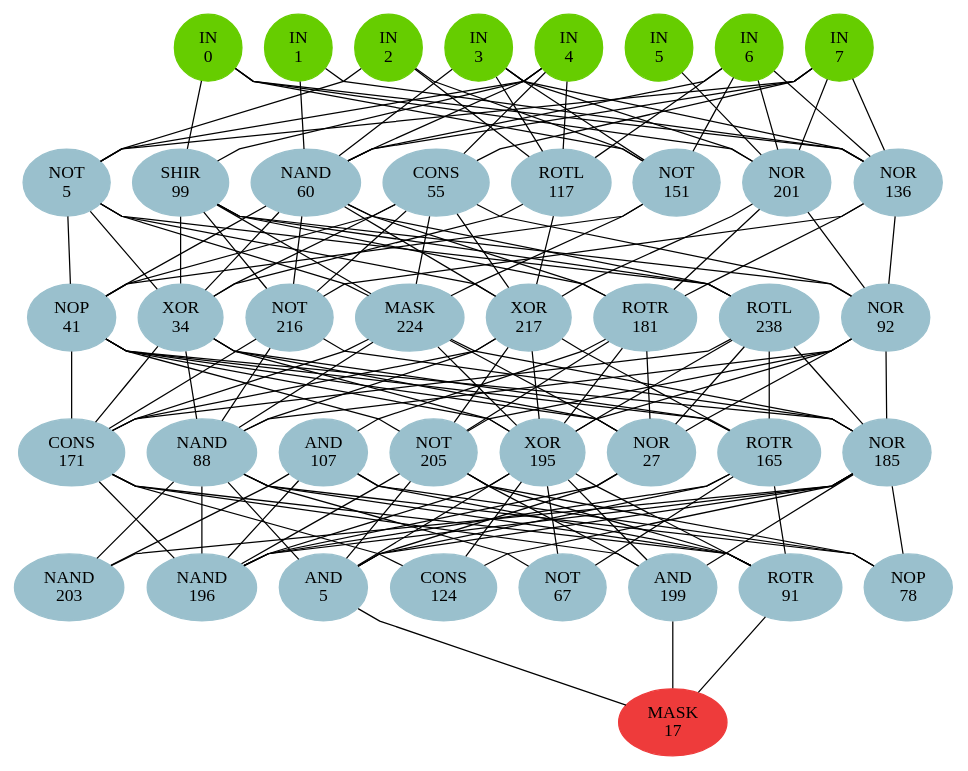
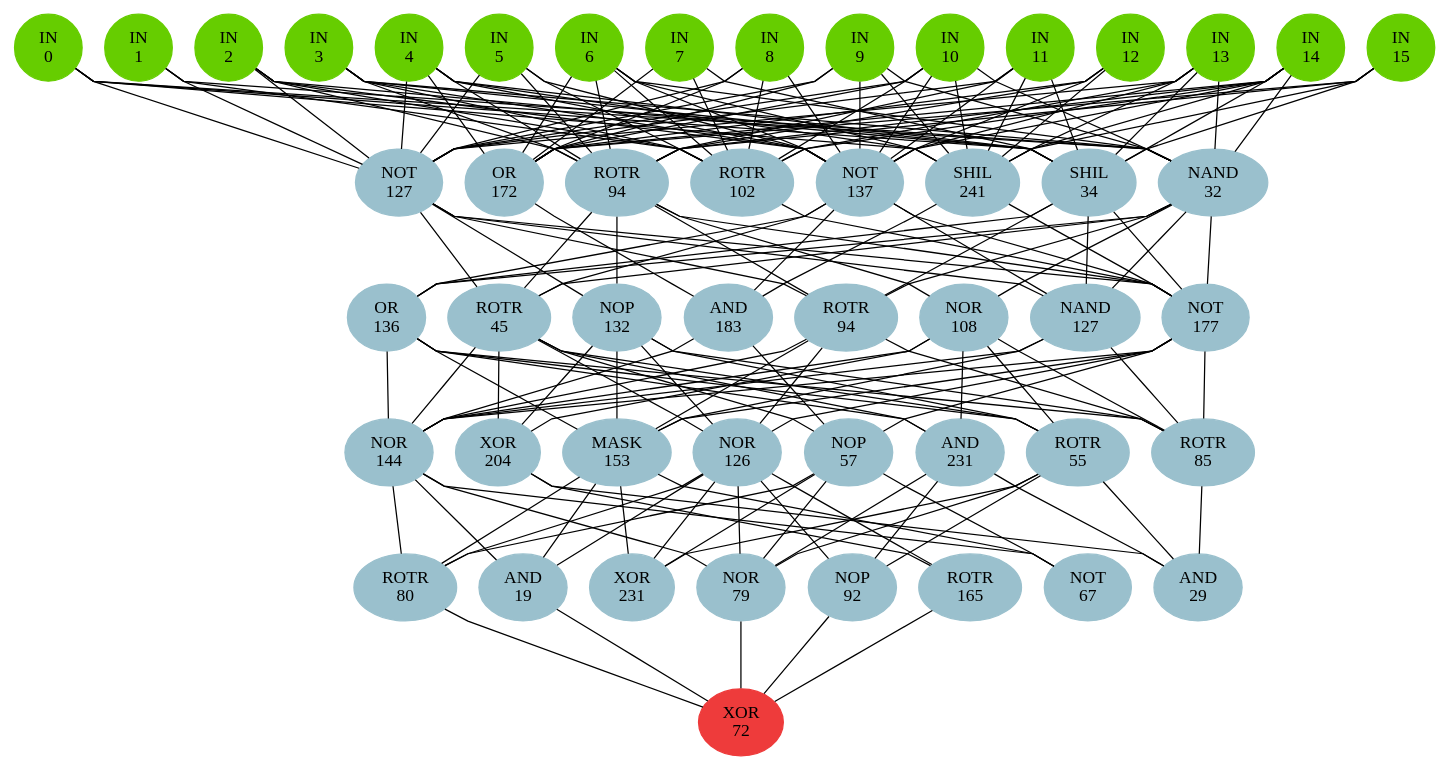
The diagram in experiments/single-sol/tea/5/circuit.dot (Bender250/master-thesis), drawn with Graphviz before and after one commit. The commit also changed 727 other files, not shown here.

```diff
--- a/experiments/single-sol/tea/5/circuit.dot
+++ b/experiments/single-sol/tea/5/circuit.dot
@@ -22,230 +22,279 @@
 "-1_6"[label="IN\n6"];
 node [color=chartreuse3];
 "-1_7"[label="IN\n7"];
+node [color=chartreuse3];
+"-1_8"[label="IN\n8"];
+node [color=chartreuse3];
+"-1_9"[label="IN\n9"];
+node [color=chartreuse3];
+"-1_10"[label="IN\n10"];
+node [color=chartreuse3];
+"-1_11"[label="IN\n11"];
+node [color=chartreuse3];
+"-1_12"[label="IN\n12"];
+node [color=chartreuse3];
+"-1_13"[label="IN\n13"];
+node [color=chartreuse3];
+"-1_14"[label="IN\n14"];
+node [color=chartreuse3];
+"-1_15"[label="IN\n15"];
 }
 { rank=same;
 node [color=lightblue3];
-"0_0"[label="NOT\n5"];
+"0_0"[label="NOT\n127"];
 node [color=lightblue3];
-"0_1"[label="SHIR\n99"];
+"0_1"[label="OR\n172"];
 node [color=lightblue3];
-"0_2"[label="NAND\n60"];
+"0_2"[label="ROTR\n94"];
 node [color=lightblue3];
-"0_3"[label="CONS\n55"];
+"0_3"[label="ROTR\n102"];
 node [color=lightblue3];
-"0_4"[label="ROTL\n117"];
+"0_4"[label="NOT\n137"];
 node [color=lightblue3];
-"0_5"[label="NOT\n151"];
+"0_5"[label="SHIL\n241"];
 node [color=lightblue3];
-"0_6"[label="NOR\n201"];
+"0_6"[label="SHIL\n34"];
 node [color=lightblue3];
-"0_7"[label="NOR\n136"];
+"0_7"[label="NAND\n32"];
 }
 { rank=same;
 node [color=lightblue3];
-"1_0"[label="NOP\n41"];
+"1_0"[label="OR\n136"];
 node [color=lightblue3];
-"1_1"[label="XOR\n34"];
+"1_1"[label="ROTR\n45"];
 node [color=lightblue3];
-"1_2"[label="NOT\n216"];
+"1_2"[label="NOP\n132"];
 node [color=lightblue3];
-"1_3"[label="MASK\n224"];
+"1_3"[label="AND\n183"];
 node [color=lightblue3];
-"1_4"[label="XOR\n217"];
+"1_4"[label="ROTR\n94"];
 node [color=lightblue3];
-"1_5"[label="ROTR\n181"];
+"1_5"[label="NOR\n108"];
 node [color=lightblue3];
-"1_6"[label="ROTL\n238"];
+"1_6"[label="NAND\n127"];
 node [color=lightblue3];
-"1_7"[label="NOR\n92"];
+"1_7"[label="NOT\n177"];
 }
 { rank=same;
 node [color=lightblue3];
-"2_0"[label="CONS\n171"];
+"2_0"[label="NOR\n144"];
 node [color=lightblue3];
-"2_1"[label="NAND\n88"];
+"2_1"[label="XOR\n204"];
 node [color=lightblue3];
-"2_2"[label="AND\n107"];
+"2_2"[label="MASK\n153"];
 node [color=lightblue3];
-"2_3"[label="NOT\n205"];
+"2_3"[label="NOR\n126"];
 node [color=lightblue3];
-"2_4"[label="XOR\n195"];
+"2_4"[label="NOP\n57"];
 node [color=lightblue3];
-"2_5"[label="NOR\n27"];
+"2_5"[label="AND\n231"];
 node [color=lightblue3];
-"2_6"[label="ROTR\n165"];
+"2_6"[label="ROTR\n55"];
 node [color=lightblue3];
-"2_7"[label="NOR\n185"];
+"2_7"[label="ROTR\n85"];
 }
 { rank=same;
 node [color=lightblue3];
-"3_0"[label="NAND\n203"];
+"3_0"[label="ROTR\n80"];
 node [color=lightblue3];
-"3_1"[label="NAND\n196"];
+"3_1"[label="AND\n19"];
 node [color=lightblue3];
-"3_2"[label="AND\n5"];
+"3_2"[label="XOR\n231"];
 node [color=lightblue3];
-"3_3"[label="CONS\n124"];
+"3_3"[label="NOR\n79"];
 node [color=lightblue3];
-"3_4"[label="NOT\n67"];
+"3_4"[label="NOP\n92"];
 node [color=lightblue3];
-"3_5"[label="AND\n199"];
+"3_5"[label="ROTR\n165"];
 node [color=lightblue3];
-"3_6"[label="ROTR\n91"];
+"3_6"[label="NOT\n67"];
 node [color=lightblue3];
-"3_7"[label="NOP\n78"];
+"3_7"[label="AND\n29"];
 }
 { rank=same;
 node [color=brown2];
-"4_0"[label="MASK\n17"];
+"4_0"[label="XOR\n72"];
 }
 edge[style=invis];
-"-1_0" -- "-1_1" -- "-1_2" -- "-1_3" -- "-1_4" -- "-1_5" -- "-1_6" -- "-1_7";
+"-1_0" -- "-1_1" -- "-1_2" -- "-1_3" -- "-1_4" -- "-1_5" -- "-1_6" -- "-1_7" -- "-1_8" -- "-1_9" -- "-1_10" -- "-1_11" -- "-1_12" -- "-1_13" -- "-1_14" -- "-1_15";
 "0_0" -- "0_1" -- "0_2" -- "0_3" -- "0_4" -- "0_5" -- "0_6" -- "0_7";
 "1_0" -- "1_1" -- "1_2" -- "1_3" -- "1_4" -- "1_5" -- "1_6" -- "1_7";
 "2_0" -- "2_1" -- "2_2" -- "2_3" -- "2_4" -- "2_5" -- "2_6" -- "2_7";
 "3_0" -- "3_1" -- "3_2" -- "3_3" -- "3_4" -- "3_5" -- "3_6" -- "3_7";
 "4_0" -- "4_0";
 edge[style=solid];
+"0_0" -- "-1_0";
+"0_0" -- "-1_1";
 "0_0" -- "-1_2";
 "0_0" -- "-1_4";
-"0_0" -- "-1_7";
-"0_1" -- "-1_0";
+"0_0" -- "-1_5";
+"0_0" -- "-1_8";
+"0_0" -- "-1_9";
+"0_0" -- "-1_10";
+"0_0" -- "-1_11";
+"0_0" -- "-1_13";
 "0_1" -- "-1_4";
-"0_2" -- "-1_1";
+"0_1" -- "-1_6";
+"0_1" -- "-1_7";
+"0_1" -- "-1_8";
+"0_1" -- "-1_9";
+"0_1" -- "-1_10";
+"0_1" -- "-1_12";
+"0_1" -- "-1_14";
+"0_1" -- "-1_15";
+"0_2" -- "-1_2";
 "0_2" -- "-1_3";
 "0_2" -- "-1_4";
+"0_2" -- "-1_5";
 "0_2" -- "-1_6";
-"0_2" -- "-1_7";
-"0_3" -- "-1_4";
+"0_2" -- "-1_11";
+"0_2" -- "-1_12";
+"0_2" -- "-1_14";
+"0_2" -- "-1_15";
+"0_3" -- "-1_1";
+"0_3" -- "-1_2";
+"0_3" -- "-1_3";
+"0_3" -- "-1_5";
+"0_3" -- "-1_6";
 "0_3" -- "-1_7";
+"0_3" -- "-1_8";
+"0_3" -- "-1_10";
+"0_3" -- "-1_13";
+"0_3" -- "-1_14";
 "0_4" -- "-1_2";
 "0_4" -- "-1_3";
 "0_4" -- "-1_4";
+"0_4" -- "-1_5";
 "0_4" -- "-1_6";
+"0_4" -- "-1_8";
+"0_4" -- "-1_9";
+"0_4" -- "-1_10";
+"0_4" -- "-1_11";
+"0_4" -- "-1_12";
+"0_4" -- "-1_13";
+"0_4" -- "-1_14";
 "0_5" -- "-1_0";
-"0_5" -- "-1_2";
-"0_5" -- "-1_3";
+"0_5" -- "-1_4";
 "0_5" -- "-1_6";
+"0_5" -- "-1_9";
+"0_5" -- "-1_10";
+"0_5" -- "-1_11";
+"0_5" -- "-1_12";
+"0_5" -- "-1_13";
+"0_5" -- "-1_14";
+"0_5" -- "-1_15";
 "0_6" -- "-1_0";
+"0_6" -- "-1_2";
 "0_6" -- "-1_3";
-"0_6" -- "-1_5";
-"0_6" -- "-1_6";
+"0_6" -- "-1_4";
 "0_6" -- "-1_7";
+"0_6" -- "-1_11";
+"0_6" -- "-1_13";
+"0_6" -- "-1_14";
+"0_6" -- "-1_15";
 "0_7" -- "-1_0";
 "0_7" -- "-1_1";
 "0_7" -- "-1_3";
 "0_7" -- "-1_6";
-"0_7" -- "-1_7";
-"1_0" -- "0_0";
-"1_0" -- "0_2";
-"1_0" -- "0_3";
-"1_0" -- "0_5";
+"0_7" -- "-1_9";
+"0_7" -- "-1_10";
+"0_7" -- "-1_13";
+"0_7" -- "-1_14";
+"1_0" -- "0_4";
+"1_0" -- "0_6";
+"1_0" -- "0_7";
 "1_1" -- "0_0";
-"1_1" -- "0_1";
 "1_1" -- "0_2";
-"1_1" -- "0_3";
 "1_1" -- "0_4";
-"1_2" -- "0_1";
+"1_1" -- "0_7";
+"1_2" -- "0_0";
 "1_2" -- "0_2";
-"1_2" -- "0_3";
-"1_2" -- "0_7";
-"1_3" -- "0_0";
 "1_3" -- "0_1";
-"1_3" -- "0_3";
+"1_3" -- "0_4";
 "1_3" -- "0_5";
 "1_4" -- "0_0";
 "1_4" -- "0_2";
-"1_4" -- "0_3";
-"1_4" -- "0_4";
 "1_4" -- "0_6";
-"1_5" -- "0_1";
+"1_4" -- "0_7";
 "1_5" -- "0_2";
-"1_5" -- "0_6";
 "1_5" -- "0_7";
 "1_6" -- "0_0";
-"1_6" -- "0_1";
-"1_6" -- "0_2";
-"1_7" -- "0_1";
+"1_6" -- "0_4";
+"1_6" -- "0_6";
+"1_6" -- "0_7";
+"1_7" -- "0_0";
+"1_7" -- "0_2";
 "1_7" -- "0_3";
+"1_7" -- "0_4";
+"1_7" -- "0_5";
 "1_7" -- "0_6";
 "1_7" -- "0_7";
 "2_0" -- "1_0";
 "2_0" -- "1_1";
-"2_0" -- "1_2";
 "2_0" -- "1_3";
 "2_0" -- "1_4";
+"2_0" -- "1_5";
 "2_0" -- "1_6";
+"2_0" -- "1_7";
 "2_1" -- "1_1";
 "2_1" -- "1_2";
-"2_1" -- "1_3";
-"2_1" -- "1_4";
-"2_1" -- "1_7";
-"2_2" -- "1_5";
-"2_3" -- "1_0";
+"2_1" -- "1_5";
+"2_2" -- "1_0";
+"2_2" -- "1_2";
+"2_2" -- "1_4";
+"2_2" -- "1_6";
+"2_2" -- "1_7";
+"2_3" -- "1_1";
+"2_3" -- "1_2";
 "2_3" -- "1_4";
-"2_3" -- "1_5";
 "2_3" -- "1_7";
-"2_4" -- "1_0";
 "2_4" -- "1_1";
 "2_4" -- "1_3";
-"2_4" -- "1_4";
-"2_4" -- "1_5";
-"2_4" -- "1_6";
 "2_4" -- "1_7";
 "2_5" -- "1_0";
 "2_5" -- "1_1";
-"2_5" -- "1_3";
 "2_5" -- "1_5";
-"2_5" -- "1_6";
-"2_5" -- "1_7";
 "2_6" -- "1_0";
 "2_6" -- "1_1";
-"2_6" -- "1_4";
-"2_6" -- "1_6";
+"2_6" -- "1_2";
+"2_6" -- "1_5";
 "2_7" -- "1_0";
 "2_7" -- "1_2";
-"2_7" -- "1_3";
+"2_7" -- "1_4";
+"2_7" -- "1_5";
 "2_7" -- "1_6";
 "2_7" -- "1_7";
-"3_0" -- "2_1";
+"3_0" -- "2_0";
 "3_0" -- "2_2";
-"3_0" -- "2_7";
+"3_0" -- "2_3";
+"3_0" -- "2_4";
 "3_1" -- "2_0";
-"3_1" -- "2_1";
 "3_1" -- "2_2";
 "3_1" -- "2_3";
-"3_1" -- "2_4";
-"3_1" -- "2_5";
-"3_1" -- "2_6";
-"3_1" -- "2_7";
-"3_2" -- "2_1";
+"3_2" -- "2_2";
 "3_2" -- "2_3";
 "3_2" -- "2_4";
-"3_2" -- "2_5";
 "3_2" -- "2_6";
-"3_2" -- "2_7";
 "3_3" -- "2_0";
+"3_3" -- "2_3";
 "3_3" -- "2_4";
-"3_3" -- "2_7";
-"3_4" -- "2_1";
-"3_4" -- "2_4";
+"3_3" -- "2_5";
+"3_3" -- "2_6";
+"3_4" -- "2_3";
+"3_4" -- "2_5";
 "3_4" -- "2_6";
-"3_5" -- "2_0";
+"3_5" -- "2_1";
 "3_5" -- "2_3";
-"3_5" -- "2_4";
-"3_5" -- "2_7";
 "3_6" -- "2_0";
-"3_6" -- "2_1";
 "3_6" -- "2_2";
-"3_6" -- "2_3";
 "3_6" -- "2_4";
-"3_6" -- "2_6";
 "3_7" -- "2_1";
-"3_7" -- "2_2";
-"3_7" -- "2_3";
+"3_7" -- "2_5";
+"3_7" -- "2_6";
 "3_7" -- "2_7";
-"4_0" -- "3_2";
+"4_0" -- "3_0";
+"4_0" -- "3_1";
+"4_0" -- "3_3";
+"4_0" -- "3_4";
 "4_0" -- "3_5";
-"4_0" -- "3_6";
 }
```
